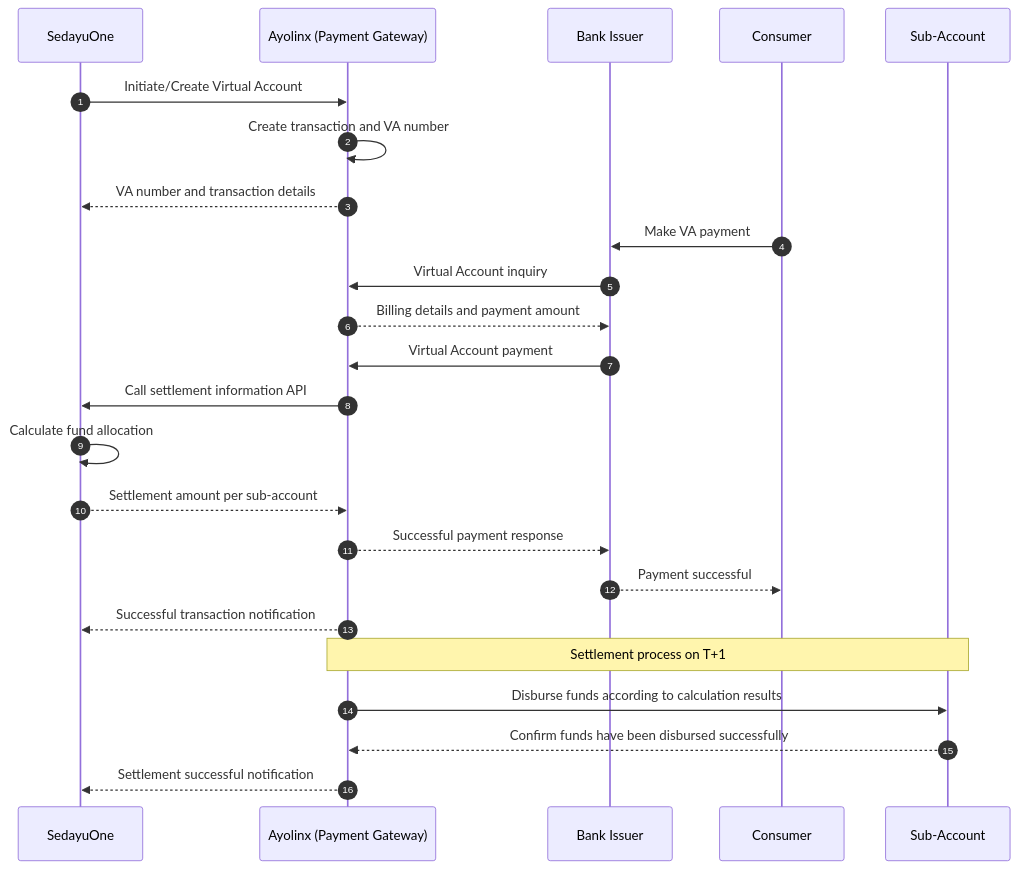
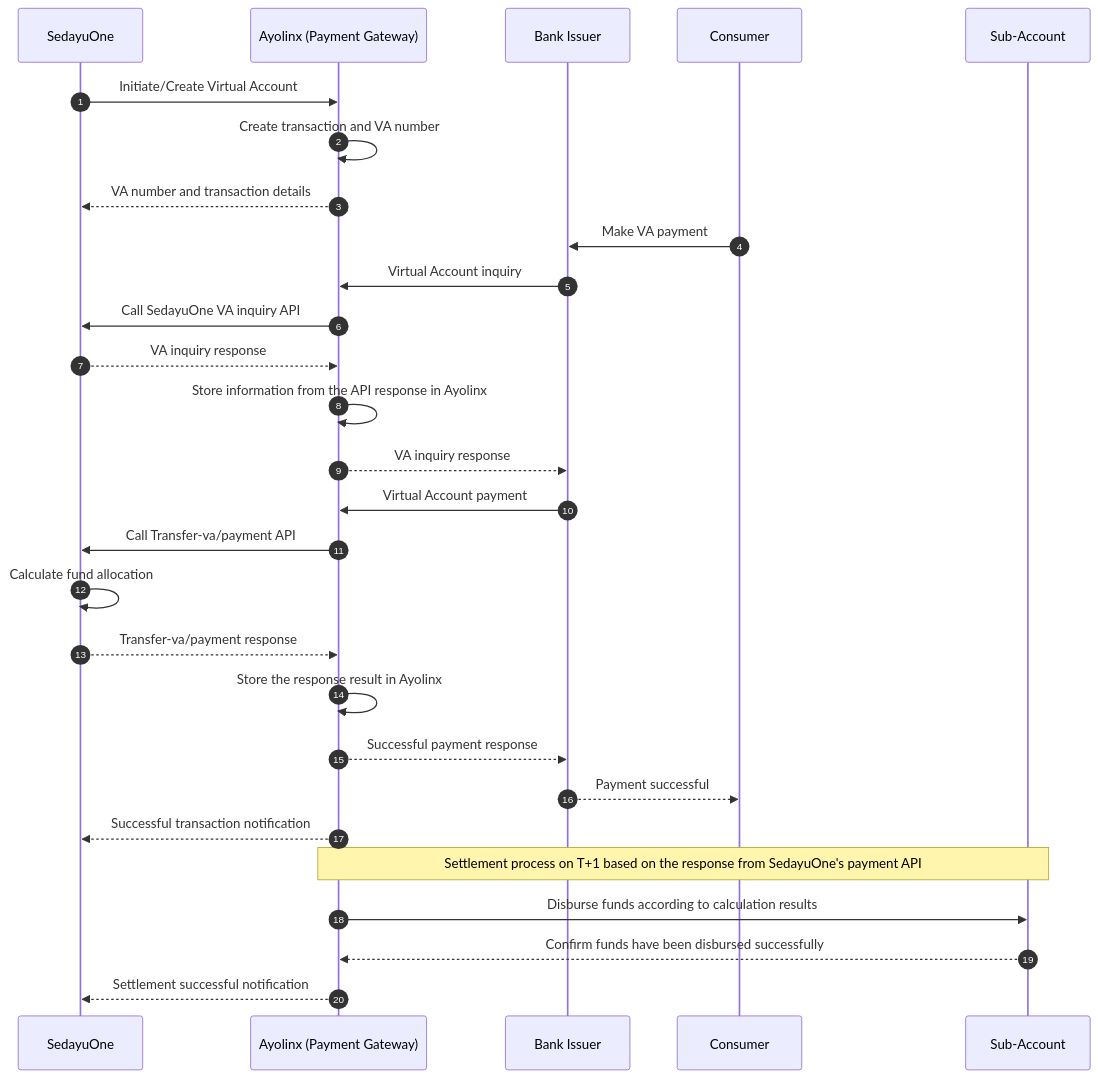
Before and after one commit to pbutarbutar/flowipl: the diagram in sequence-diagram-va-sedayuone-ayolinx-en.md, drawn with Mermaid. The commit also changed other lines of this file and 1 other file, not shown here.

Commit message:
update flow

````diff
--- a/sequence-diagram-va-sedayuone-ayolinx-en.md
+++ b/sequence-diagram-va-sedayuone-ayolinx-en.md
@@ -13,32 +13,36 @@
 ```mermaid
 sequenceDiagram
     autonumber
     participant SO as SedayuOne
     participant PG as Ayolinx (Payment Gateway)
     participant BI as Bank Issuer
     participant C as Consumer
     participant SA as Sub-Account
 
     SO->>PG: Initiate/Create Virtual Account
     PG->>PG: Create transaction and VA number
     PG-->>SO: VA number and transaction details
 
     C->>BI: Make VA payment
     BI->>PG: Virtual Account inquiry
-    PG-->>BI: Billing details and payment amount
+    PG->>SO: Call SedayuOne VA inquiry API
+    SO-->>PG: VA inquiry response
+    PG->>PG: Store information from the API response in Ayolinx
+    PG-->>BI: VA inquiry response
 
     BI->>PG: Virtual Account payment
-    PG->>SO: Call settlement information API
+    PG->>SO: Call Transfer-va/payment API
     SO->>SO: Calculate fund allocation
-    SO-->>PG: Settlement amount per sub-account
+    SO-->>PG: Transfer-va/payment response
+    PG->>PG: Store the response result in Ayolinx
 
     PG-->>BI: Successful payment response
     BI-->>C: Payment successful
     PG-->>SO: Successful transaction notification
 
-    Note over PG,SA: Settlement process on T+1
+    Note over PG,SA: Settlement process on T+1 based on the response from SedayuOne's payment API
 
     PG->>SA: Disburse funds according to calculation results
     SA-->>PG: Confirm funds have been disbursed successfully
     PG-->>SO: Settlement successful notification
 ```
````
